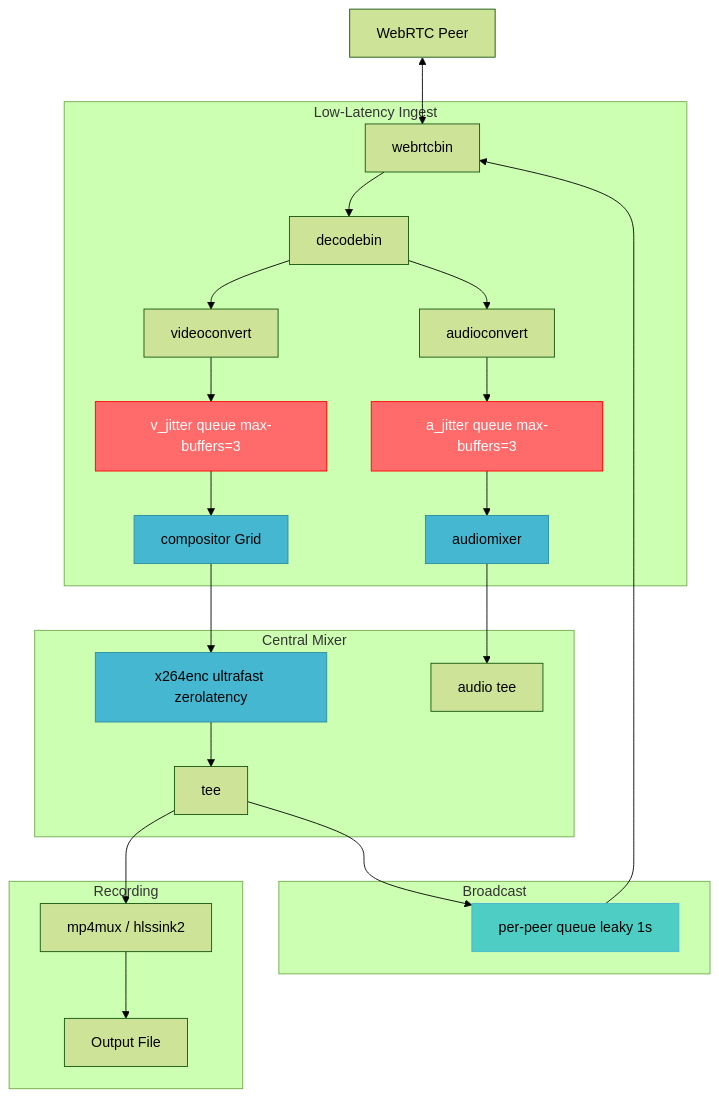
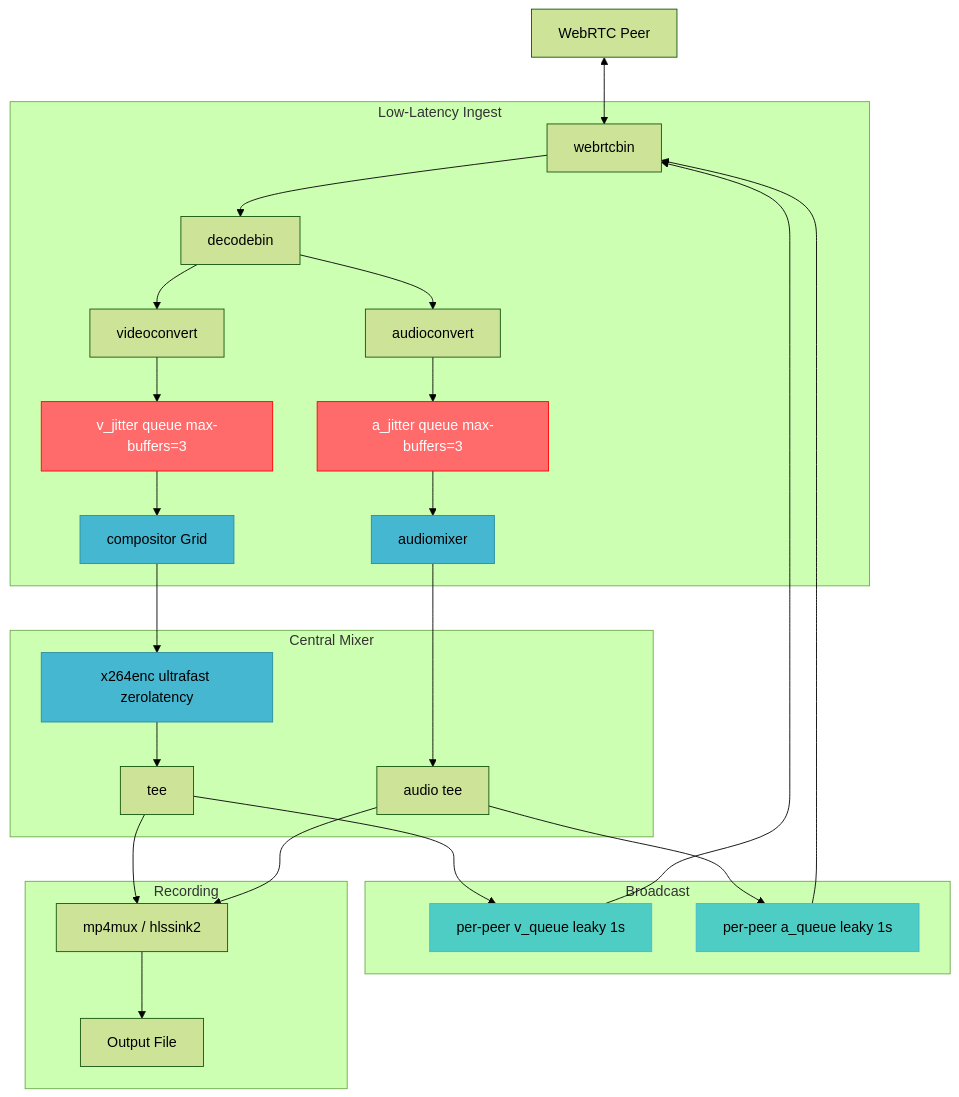
One commit to zencrypted/rtp changed the first of 2 diagrams in GST.md. Above: the diagram before and after it, drawn with Mermaid (forest theme).

Commit message:
max latency for 3G

````diff
--- a/GST.md
+++ b/GST.md
@@ -28,30 +28,32 @@
 ```mermaid
 flowchart TD
     Peer[WebRTC Peer] <--> WB[webrtcbin]
     subgraph Ingest ["Low-Latency Ingest"]
         WB --> DB[decodebin]
         DB --> VC[videoconvert]
         VC --> JQ[v_jitter queue max-buffers=3]
         JQ --> COMP[compositor Grid]
         DB --> AC[audioconvert]
         AC --> AJQ[a_jitter queue max-buffers=3]
         AJQ --> AMIX[audiomixer]
     end
     subgraph Mixer ["Central Mixer"]
         COMP --> ENC[x264enc ultrafast zerolatency]
         ENC --> TEE[tee]
         AMIX --> ATEE[audio tee]
     end
     subgraph Broadcast ["Broadcast"]
-        TEE --> VQ[per-peer queue leaky 1s] --> WB
+        TEE --> VQ[per-peer v_queue leaky 1s] --> WB
+        ATEE --> AQ[per-peer a_queue leaky 1s] --> WB
     end
     subgraph Recording ["Recording"]
         TEE --> MUX[mp4mux / hlssink2] --> OUT[Output File]
+        ATEE --> MUX
     end
     classDef critical fill:#FF6B6B,stroke:#FF0000,color:white
     classDef queue fill:#4ECDC4,stroke:#45B7D1
     classDef mixer fill:#45B7D1,stroke:#2C8C9E
     class JQ,AJQ critical
-    class VQ queue
+    class VQ,AQ queue
     class COMP,ENC,AMIX mixer
 ```
````
